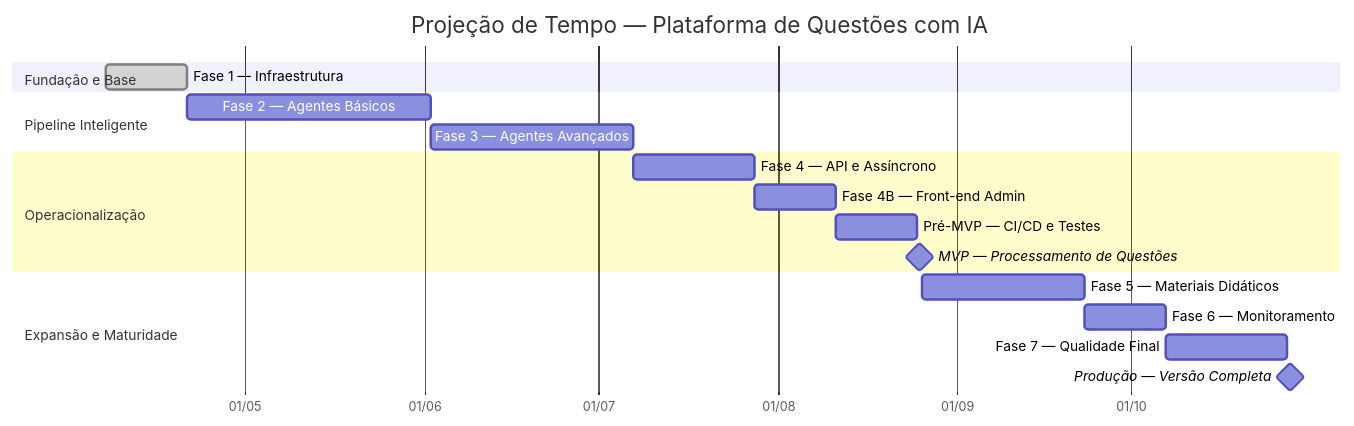
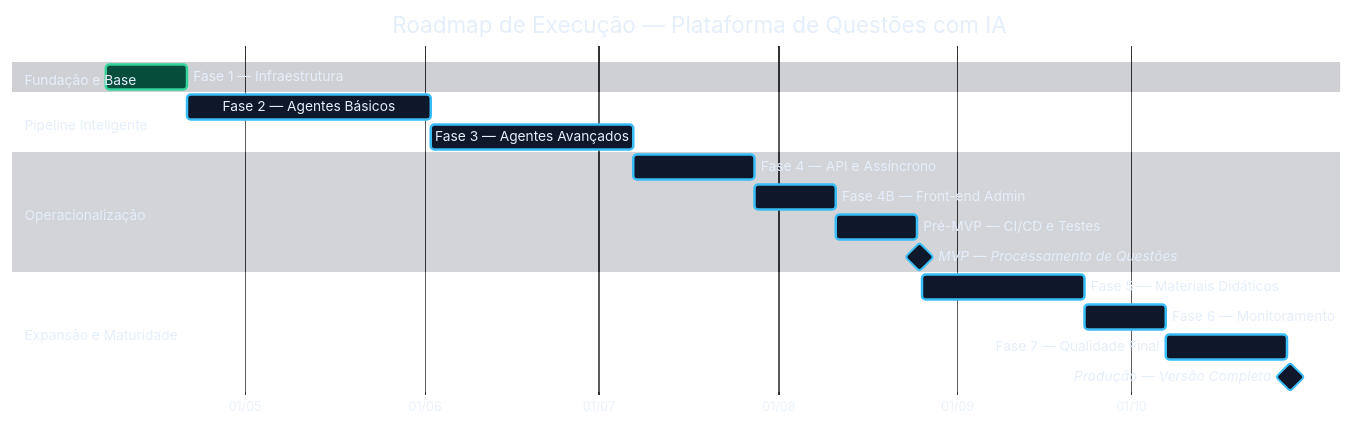
One commit to matheusdiamantino-betalent/IA changed the second of 8 diagrams in README.md. Above: the diagram before and after it, drawn with Mermaid. The commit also changed other lines of this file, not shown here.

````diff
--- a/README.md
+++ b/README.md
@@ -914,25 +1013,51 @@
 ```mermaid
+%%{init: {'theme':'base','themeVariables': {
+  'background':'#020617',
+  'primaryColor':'#081120',
+  'primaryTextColor':'#e5eefb',
+  'primaryBorderColor':'#22d3ee',
+  'lineColor':'#67e8f9',
+  'secondaryColor':'#0b1220',
+  'secondaryTextColor':'#e5eefb',
+  'tertiaryColor':'#111827',
+  'tertiaryTextColor':'#e5eefb',
+  'taskBkgColor':'#0f172a',
+  'taskTextColor':'#e5eefb',
+  'taskBorderColor':'#38bdf8',
+  'activeTaskBkgColor':'#14532d',
+  'activeTaskBorderColor':'#22c55e',
+  'doneTaskBkgColor':'#064e3b',
+  'doneTaskBorderColor':'#34d399',
+  'critBkgColor':'#4c0519',
+  'critBorderColor':'#fb7185',
+  'todayLineColor':'#f59e0b',
+  'gridColor':'#334155',
+  'sectionBkgColor':'#111827',
+  'sectionBkgColor2':'#1e293b',
+  'sectionTextColor':'#e5eefb',
+  'fontFamily':'Inter, Segoe UI, Arial'
+}}}%%
 gantt
-    title Projeção de Tempo — Plataforma de Questões com IA
+    title Roadmap de Execução — Plataforma de Questões com IA
     dateFormat  YYYY-MM-DD
     axisFormat  %d/%m
 
     section Fundação e Base
     Fase 1 — Infraestrutura               :done, f1, 2026-04-07, 14d
 
     section Pipeline Inteligente
     Fase 2 — Agentes Básicos             :f2, after f1, 42d
     Fase 3 — Agentes Avançados           :f3, after f2, 35d
 
     section Operacionalização
     Fase 4 — API e Assíncrono            :f4, after f3, 21d
     Fase 4B — Front-end Admin            :f4b, after f4, 14d
     Pré-MVP — CI/CD e Testes             :pre, after f4b, 14d
     MVP — Processamento de Questões      :milestone, mvp, after pre, 1d
 
     section Expansão e Maturidade
     Fase 5 — Materiais Didáticos         :f5, after mvp, 28d
     Fase 6 — Monitoramento               :f6, after f5, 14d
     Fase 7 — Qualidade Final             :f7, after f6, 21d
     Produção — Versão Completa           :milestone, prod, after f7, 1d
 ```
````
